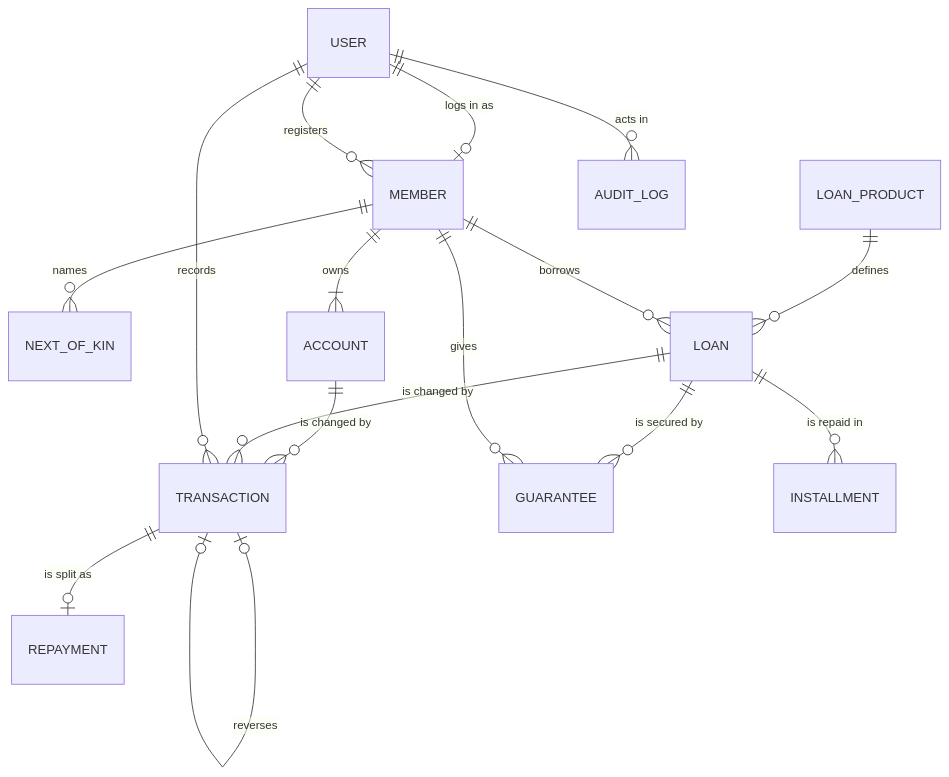
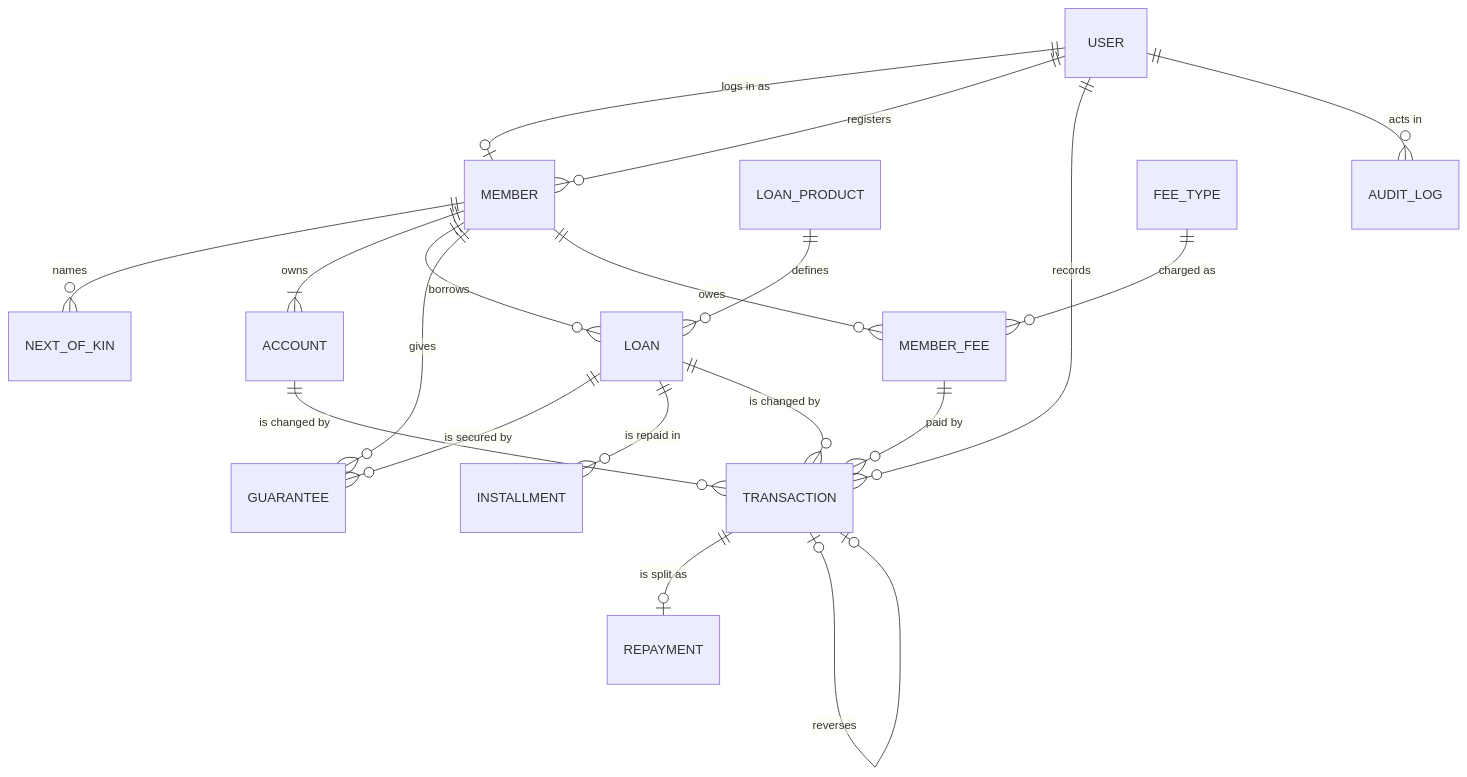
One commit to vicYegon/Sacco-Django-app changed the diagram in docs/architecture/data-model.md. Above: the diagram before and after it, drawn with Mermaid. The commit also changed 1 other file, not shown here.

Commit message:
Data model: registration fee addition

````diff
--- a/docs/architecture/data-model.md
+++ b/docs/architecture/data-model.md
@@ -5,18 +5,21 @@
 ```mermaid
 erDiagram
     USER ||--o| MEMBER : "logs in as"
     USER ||--o{ MEMBER : registers
     MEMBER ||--o{ NEXT_OF_KIN : names
     MEMBER ||--|{ ACCOUNT : owns
     ACCOUNT ||--o{ TRANSACTION : "is changed by"
     LOAN_PRODUCT ||--o{ LOAN : defines
     MEMBER ||--o{ LOAN : borrows
     LOAN ||--o{ GUARANTEE : "is secured by"
     MEMBER ||--o{ GUARANTEE : gives
     LOAN ||--o{ INSTALLMENT : "is repaid in"
     LOAN ||--o{ TRANSACTION : "is changed by"
     TRANSACTION ||--o| REPAYMENT : "is split as"
     TRANSACTION |o--o| TRANSACTION : reverses
     USER ||--o{ TRANSACTION : records
     USER ||--o{ AUDIT_LOG : "acts in"
+    FEE_TYPE ||--o{ MEMBER_FEE : "charged as"
+    MEMBER ||--o{ MEMBER_FEE : owes
+    MEMBER_FEE ||--o{ TRANSACTION : "paid by"
 ```
````
